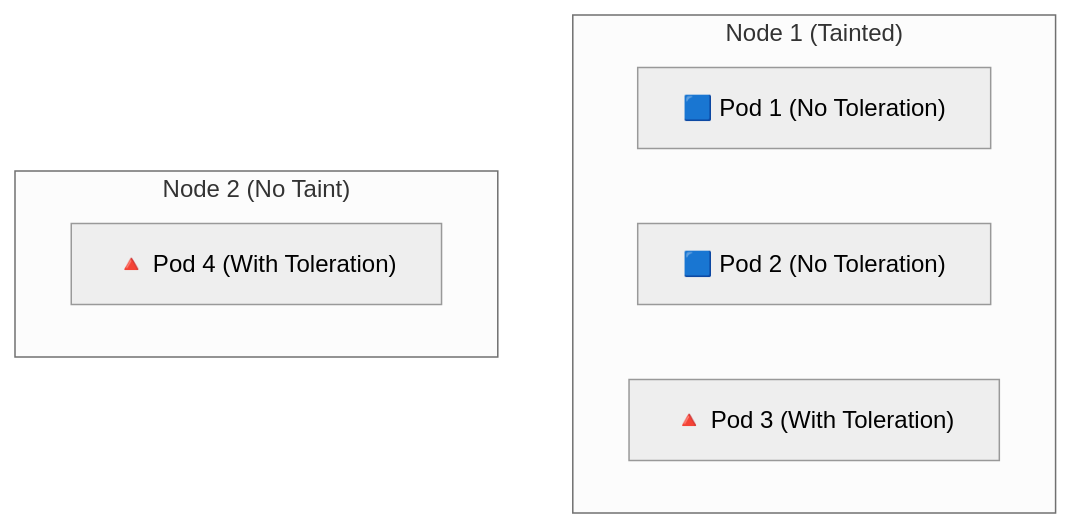
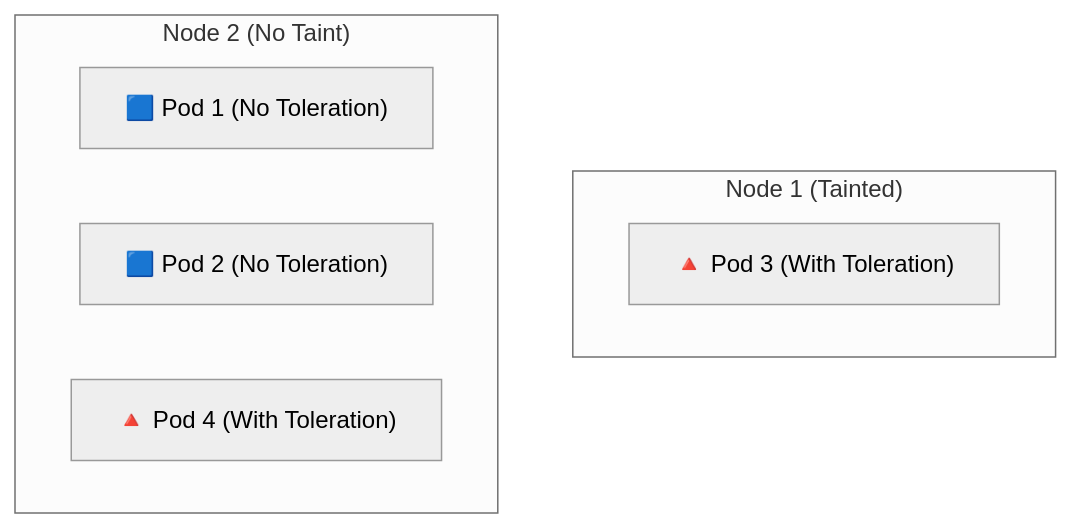
One commit to AlejandroSobral/CKA changed the diagram in Lessons/Lesson 8 - Managing Scheduling/8.7 - Lab/8.7 - Lab.md. Above: the diagram before and after it, drawn with Mermaid (neutral theme).

Commit message:
8.7 - Fix Diagram

````diff
--- a/Lessons/Lesson 8 - Managing Scheduling/8.7 - Lab/8.7 - Lab.md
+++ b/Lessons/Lesson 8 - Managing Scheduling/8.7 - Lab/8.7 - Lab.md
@@ -13,12 +13,13 @@
 ```mermaid
 graph TD;
     subgraph "Node 1 (Tainted)"
-        A["🟦 Pod 1 (No Toleration)"]
-        B["🟦 Pod 2 (No Toleration)"]
+
         C["🔺 Pod 3 (With Toleration)"]
     end
 
     subgraph "Node 2 (No Taint)"
+        A["🟦 Pod 1 (No Toleration)"]
+        B["🟦 Pod 2 (No Toleration)"]
         D["🔺 Pod 4 (With Toleration)"]
     end
 ```
````
